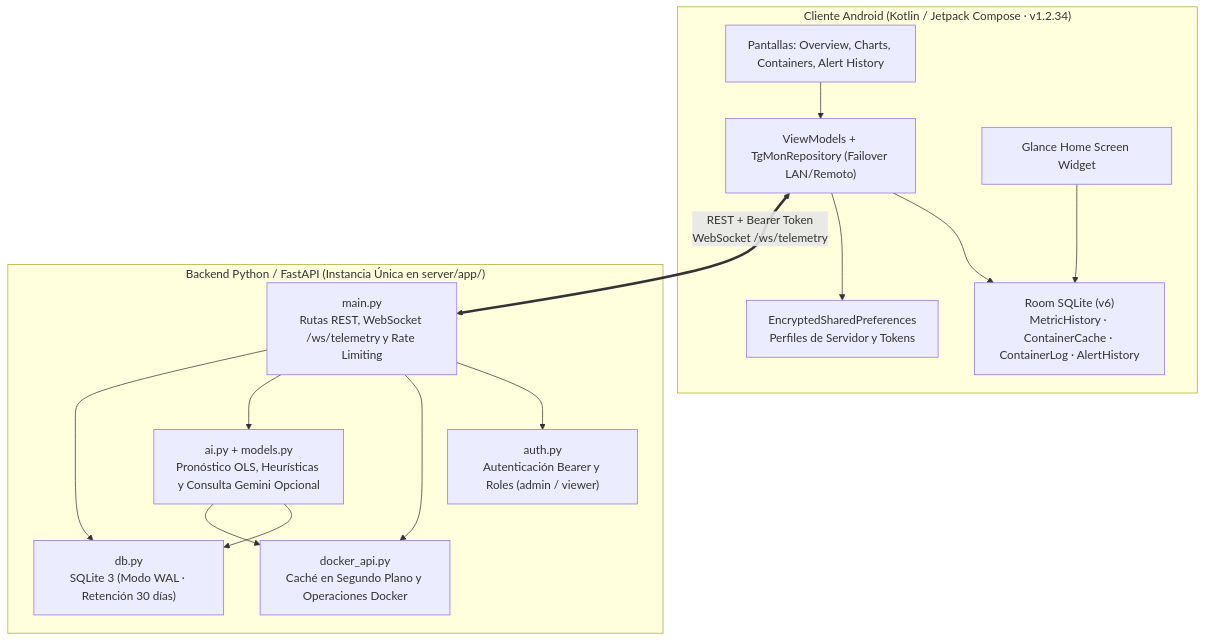
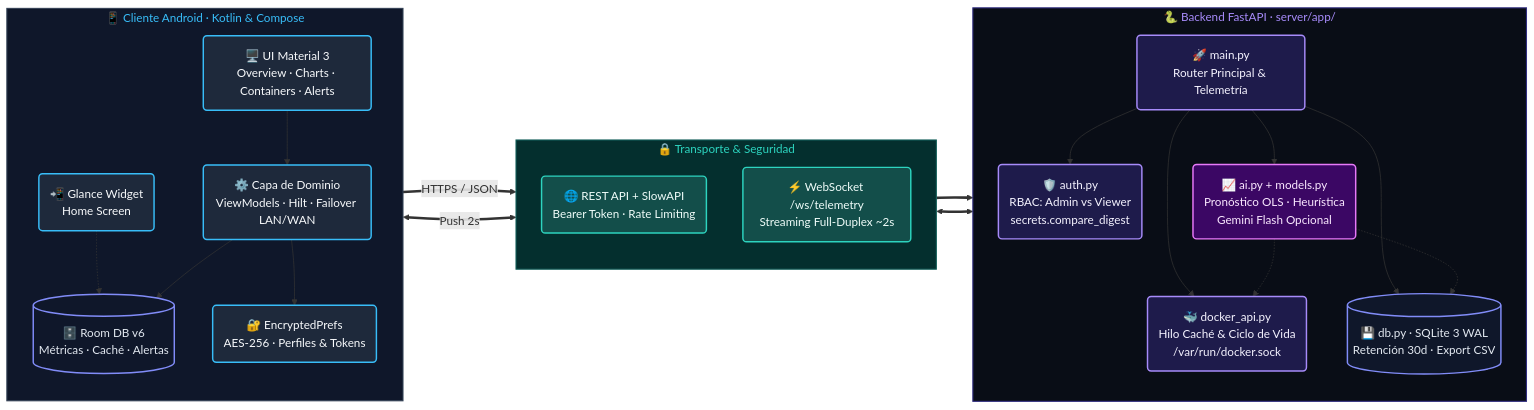
One commit to Rcarme/UdelaCiudad changed the diagram in README.md. Above: the diagram before and after it, drawn with Mermaid. The commit also changed other lines of this file, not shown here.

Commit message:
docs(readme): mejorar diagrama de arquitectura Mermaid con layout horizontal, estilos e insignias

````diff
--- a/README.md
+++ b/README.md
@@ -23,32 +30,59 @@
 ```mermaid
-graph TD
-    subgraph Cliente ["Cliente Android (Kotlin / Jetpack Compose · v1.2.34)"]
-        UI["Pantallas: Overview, Charts, Containers, Alert History"]
-        VM["ViewModels + TgMonRepository (Failover LAN/Remoto)"]
-        Room["Room SQLite (v6)<br/>MetricHistory · ContainerCache · ContainerLog · AlertHistory"]
-        Prefs["EncryptedSharedPreferences<br/>Perfiles de Servidor y Tokens"]
-        Widget["Glance Home Screen Widget"]
+flowchart LR
+    subgraph ANDROID ["📱 Cliente Android · Kotlin & Compose"]
+        direction TB
+        UI("🖥️ UI Material 3<br/>Overview · Charts · Containers · Alerts")
+        VM("⚙️ Capa de Dominio<br/>ViewModels · Hilt · Failover LAN/WAN")
+        ROOM[("🗄️ Room DB v6<br/>Métricas · Caché · Alertas")]
+        PREFS("🔐 EncryptedPrefs<br/>AES-256 · Perfiles & Tokens")
+        WIDGET("📲 Glance Widget<br/>Home Screen")
 
         UI --> VM
-        VM --> Room
-        VM --> Prefs
-        Widget --> Room
+        VM --> ROOM
+        VM --> PREFS
+        WIDGET -.-> ROOM
     end
 
-    subgraph Backend ["Backend Python / FastAPI (Instancia Única en server/app/)"]
-        Main["main.py<br/>Rutas REST, WebSocket /ws/telemetry y Rate Limiting"]
-        Auth["auth.py<br/>Autenticación Bearer y Roles (admin / viewer)"]
-        DockerMod["docker_api.py<br/>Caché en Segundo Plano y Operaciones Docker"]
-        AIMod["ai.py + models.py<br/>Pronóstico OLS, Heurísticas y Consulta Gemini Opcional"]
-        DBMod["db.py<br/>SQLite 3 (Modo WAL · Retención 30 días)"]
-
-        Main --> Auth
-        Main --> DockerMod
-        Main --> AIMod
-        Main --> DBMod
-        AIMod --> DBMod
-        AIMod --> DockerMod
+    subgraph NET ["🔒 Transporte & Seguridad"]
+        direction TB
+        REST("🌐 REST API + SlowAPI<br/>Bearer Token · Rate Limiting")
+        WS("⚡ WebSocket /ws/telemetry<br/>Streaming Full-Duplex ~2s")
     end
 
-    VM <==>|"REST + Bearer Token<br/>WebSocket /ws/telemetry"| Main
+    subgraph SERVER ["🐍 Backend FastAPI · server/app/"]
+        direction TB
+        MAIN("🚀 main.py<br/>Router Principal & Telemetría")
+        AUTH("🛡️ auth.py<br/>RBAC: Admin vs Viewer<br/>secrets.compare_digest")
+        DOCKER("🐳 docker_api.py<br/>Hilo Caché & Ciclo de Vida<br/>/var/run/docker.sock")
+        AI("📈 ai.py + models.py<br/>Pronóstico OLS · Heurística<br/>Gemini Flash Opcional")
+        DB[("💾 db.py · SQLite 3 WAL<br/>Retención 30d · Export CSV")]
+
+        MAIN --> AUTH
+        MAIN --> DOCKER
+        MAIN --> AI
+        MAIN --> DB
+        AI -.-> DB
+        AI -.-> DOCKER
+    end
+
+    VM ==>|HTTPS / JSON| REST
+    VM <==>|Push 2s| WS
+    REST ==> MAIN
+    WS <==> MAIN
+
+    classDef client fill:#1e293b,stroke:#38bdf8,stroke-width:2px,color:#f8fafc
+    classDef storage fill:#0f172a,stroke:#818cf8,stroke-width:2px,color:#e2e8f0
+    classDef transport fill:#134e4a,stroke:#2dd4bf,stroke-width:2px,color:#f0fdfa
+    classDef backend fill:#1e1b4b,stroke:#a78bfa,stroke-width:2px,color:#f5f3ff
+    classDef aiNode fill:#3b0764,stroke:#e879f9,stroke-width:2px,color:#fae8ff
+
+    class UI,VM,PREFS,WIDGET client
+    class ROOM,DB storage
+    class REST,WS transport
+    class MAIN,AUTH,DOCKER backend
+    class AI aiNode
+
+    style ANDROID fill:#0f172a,stroke:#334155,stroke-width:1.5px,color:#38bdf8
+    style NET fill:#042f2e,stroke:#115e59,stroke-width:1.5px,color:#2dd4bf
+    style SERVER fill:#090d16,stroke:#312e81,stroke-width:1.5px,color:#a78bfa
 ```
````
